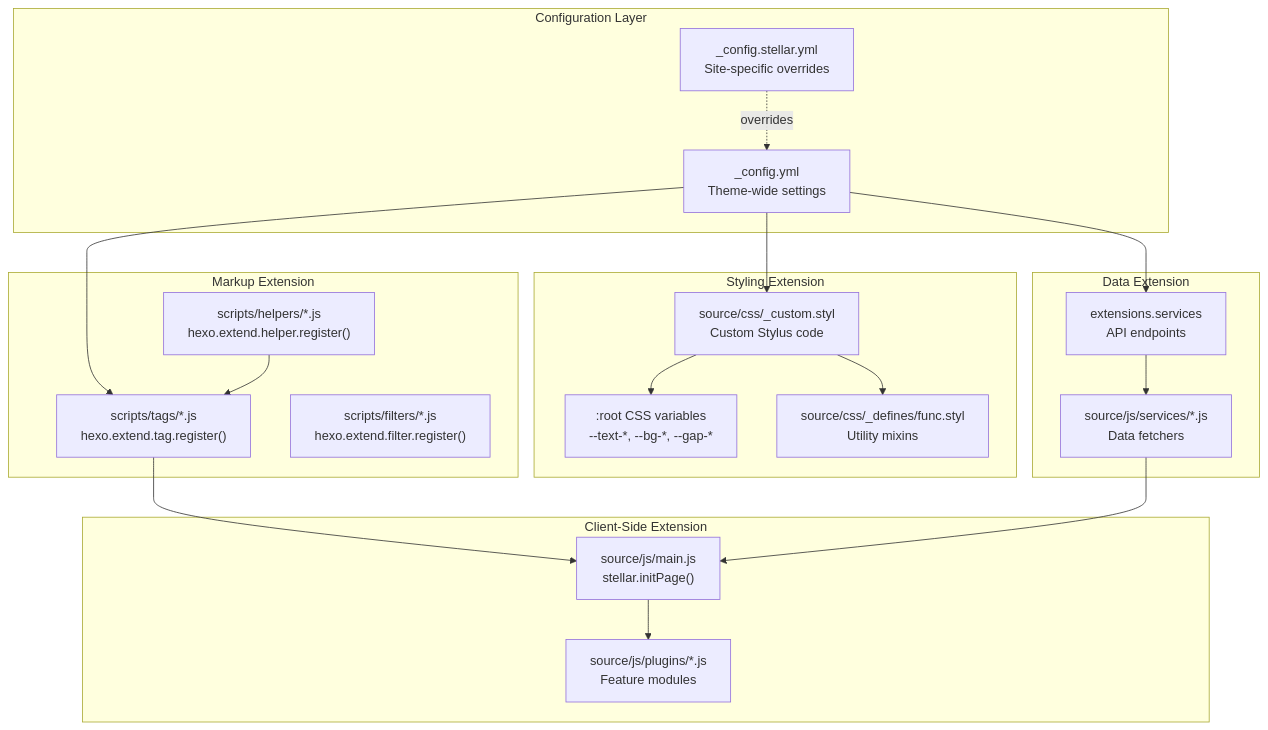
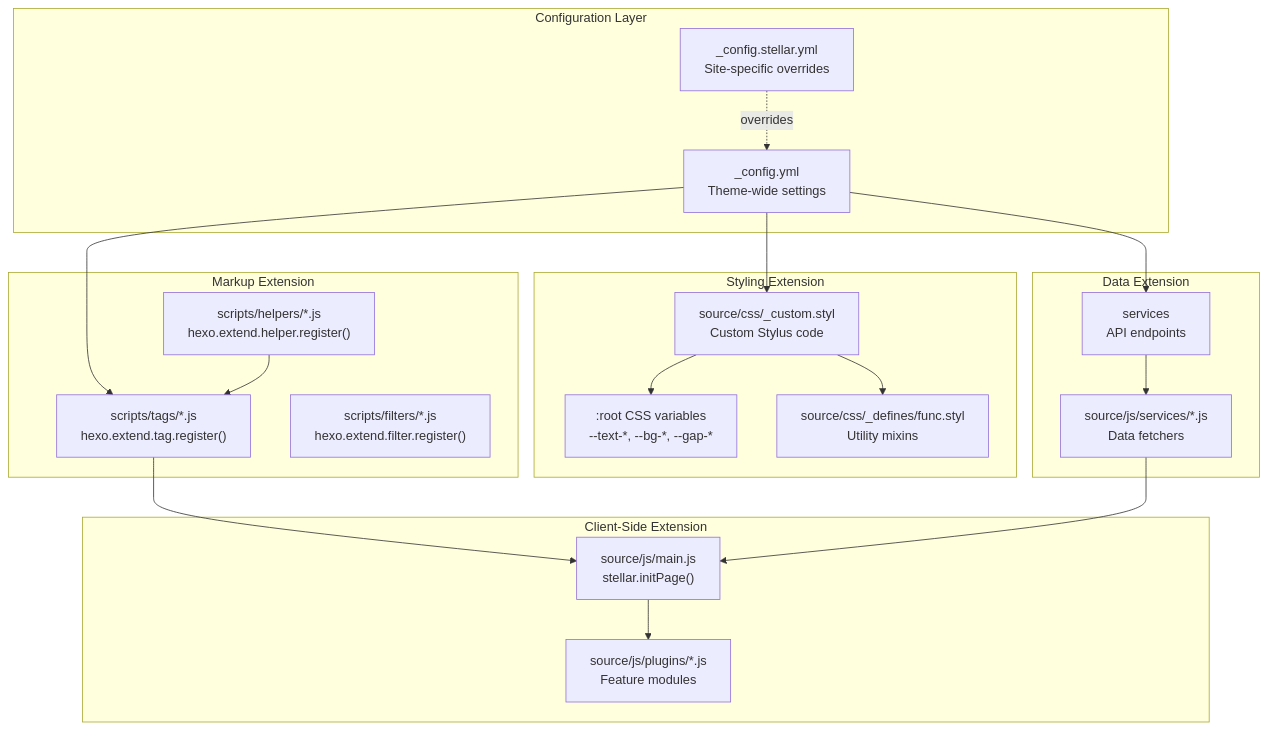
Before and after one commit to xaoxuu/hexo-theme-stellar: the first of 3 diagrams in docs/knowledge/09-高级主题/advanced-overview.md, drawn with Mermaid. The commit also changed other lines of this file and 42 other files, not shown here.

````diff
--- a/docs/knowledge/09-高级主题/advanced-overview.md
+++ b/docs/knowledge/09-高级主题/advanced-overview.md
@@ -37,45 +37,45 @@
 ```mermaid
 graph TB
     subgraph "Configuration Layer"
         ConfigYML["_config.yml<br/>Theme-wide settings"]
         ThemeConfig["_config.stellar.yml<br/>Site-specific overrides"]
     end
     
     subgraph "Styling Extension"
         CustomStyl["source/css/_custom.styl<br/>Custom Stylus code"]
         CSSVars[":root CSS variables<br/>--text-*, --bg-*, --gap-*"]
         FuncStyl["source/css/_defines/func.styl<br/>Utility mixins"]
     end
     
     subgraph "Markup Extension"
         TagPlugins["scripts/tags/*.js<br/>hexo.extend.tag.register()"]
         Helpers["scripts/helpers/*.js<br/>hexo.extend.helper.register()"]
         Filters["scripts/filters/*.js<br/>hexo.extend.filter.register()"]
     end
     
     subgraph "Client-Side Extension"
         MainJS["source/js/main.js<br/>stellar.initPage()"]
         PluginScripts["source/js/plugins/*.js<br/>Feature modules"]
     end
     
     subgraph "Data Extension"
-        DataServices["extensions.services<br/>API endpoints"]
+        DataServices["services<br/>API endpoints"]
         DataJS["source/js/services/*.js<br/>Data fetchers"]
     end
     
     ConfigYML --> CustomStyl
     ConfigYML --> TagPlugins
     ConfigYML --> DataServices
     ThemeConfig -.overrides.-> ConfigYML
     
     CustomStyl --> FuncStyl
     CustomStyl --> CSSVars
     
     TagPlugins --> MainJS
     Helpers --> TagPlugins
     
     MainJS --> PluginScripts
     
     DataServices --> DataJS
     DataJS --> MainJS
 ```
````
